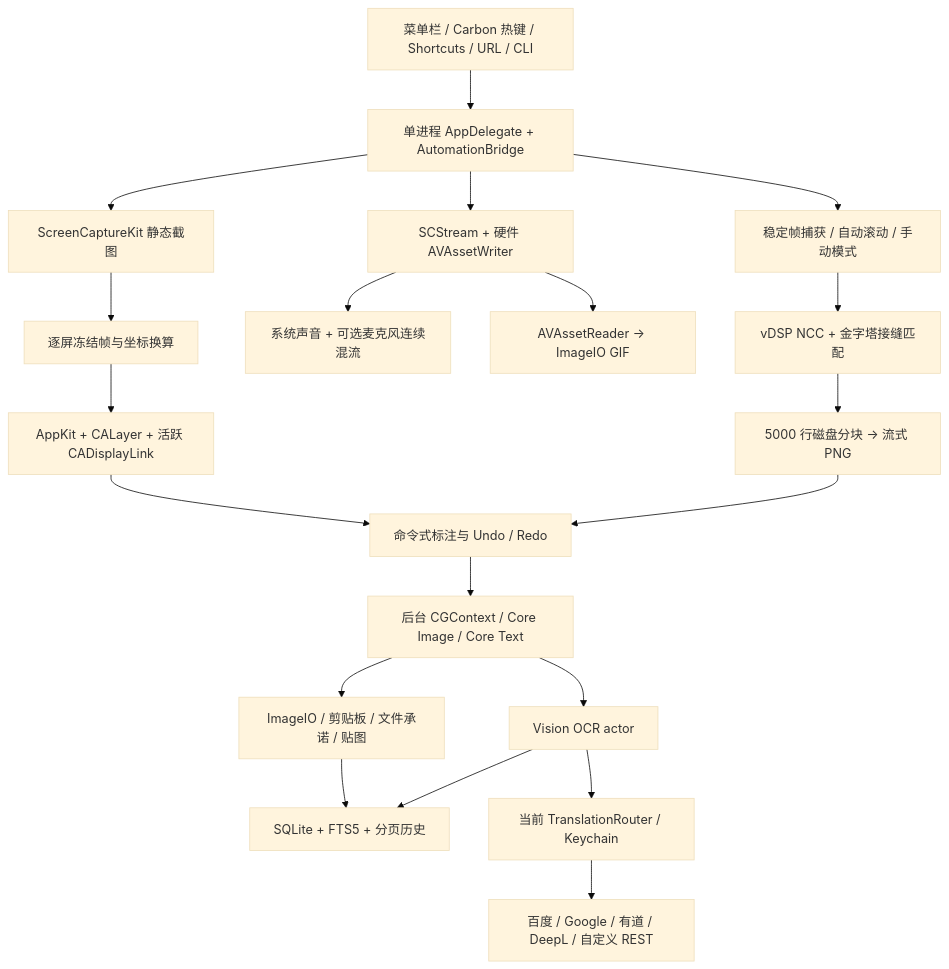
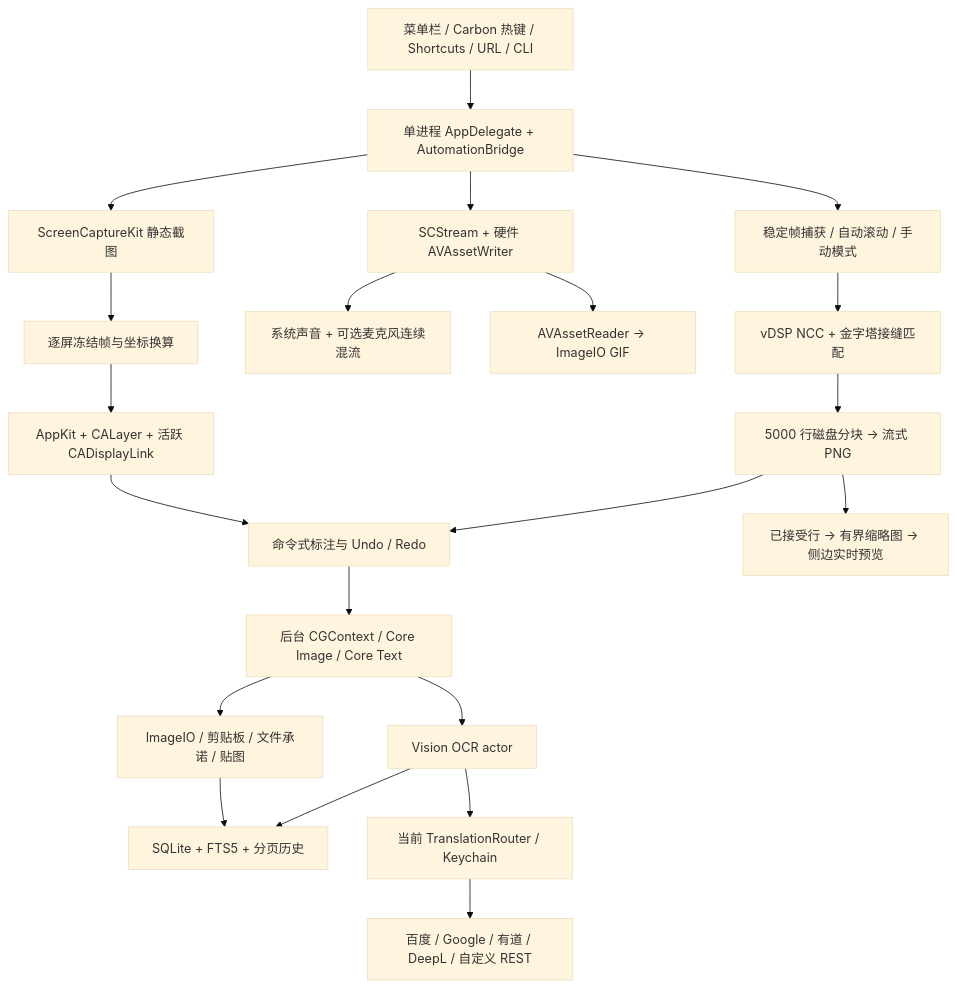
The diagram in README.md (baogutang/niko-shot), drawn with Mermaid (base theme) before and after one commit. The commit also changed other lines of this file and 20 other files, not shown here.

````diff
--- a/README.md
+++ b/README.md
@@ -211,22 +214,23 @@
 ```mermaid
 flowchart TD
     Entry[菜单栏 / Carbon 热键 / Shortcuts / URL / CLI] --> App[单进程 AppDelegate + AutomationBridge]
     App --> Capture[ScreenCaptureKit 静态截图]
     Capture --> Frozen[逐屏冻结帧与坐标换算]
     Frozen --> Selection[AppKit + CALayer + 活跃 CADisplayLink]
     Selection --> Document[命令式标注与 Undo / Redo]
     Document --> Render[后台 CGContext / Core Image / Core Text]
     Render --> Output[ImageIO / 剪贴板 / 文件承诺 / 贴图]
     Output --> History[SQLite + FTS5 + 分页历史]
     Render --> OCR[Vision OCR actor]
     OCR --> History
     OCR --> Router[当前 TranslationRouter / Keychain]
     Router --> REST[百度 / Google / 有道 / DeepL / 自定义 REST]
     App --> Video[SCStream + 硬件 AVAssetWriter]
     Video --> Audio[系统声音 + 可选麦克风连续混流]
     Video --> GIF[AVAssetReader → ImageIO GIF]
     App --> Scroll[稳定帧捕获 / 自动滚动 / 手动模式]
     Scroll --> NCC[vDSP NCC + 金字塔接缝匹配]
     NCC --> Chunks[5000 行磁盘分块 → 流式 PNG]
+    Chunks --> Preview[已接受行 → 有界缩略图 → 侧边实时预览]
     Chunks --> Document
 ```
````
